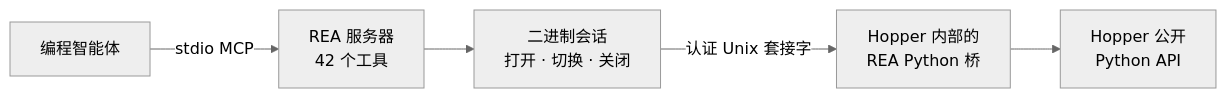
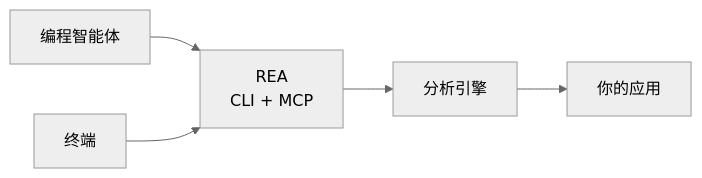
Before and after one commit to bryankwandou/rea: the diagram in README_zh.md, drawn with Mermaid (neutral theme). The commit also changed other lines of this file and 15 other files, not shown here.

Commit message:
Simplify REA onboarding and app targeting

````diff
--- a/README_zh.md
+++ b/README_zh.md
@@ -144,7 +163,7 @@
 ```mermaid
 flowchart LR
-    Agent["编程智能体"] -->|stdio MCP| REA["REA 服务器<br/>42 个工具"]
-    REA --> Session["二进制会话<br/>打开 · 切换 · 关闭"]
-    Session -->|认证 Unix 套接字| Bridge["Hopper 内部的<br/>REA Python 桥"]
-    Bridge --> API["Hopper 公开<br/>Python API"]
+    Agent["编程智能体"] --> REA["REA<br/>CLI + MCP"]
+    Terminal["终端"] --> REA
+    REA --> Hopper["分析引擎"]
+    Hopper --> App["你的应用"]
 ```
````
